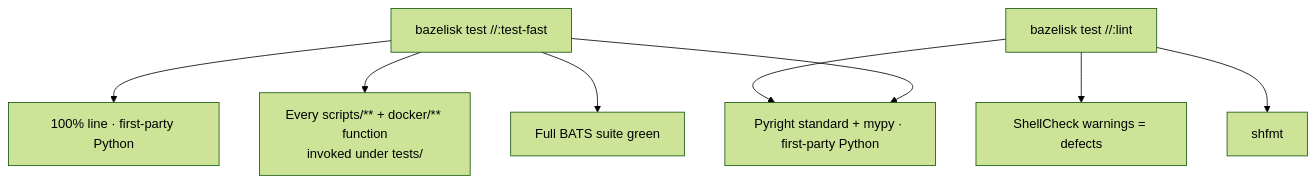
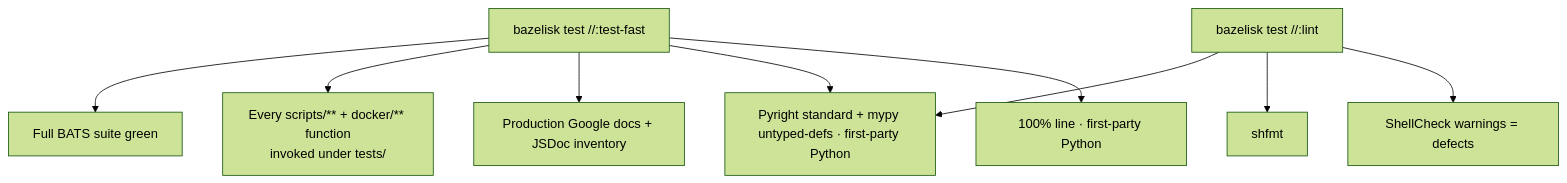
One commit to toxicoder/ez-comfy-stack changed the fifth of 6 diagrams in docs/project-conventions.md. Above: the diagram before and after it, drawn with Mermaid (forest theme). The commit also changed other lines of this file and 145 other files, not shown here.

First line of the commit message:
chore: add types and Google-style docs across first-party code

````diff
--- a/docs/project-conventions.md
+++ b/docs/project-conventions.md
@@ -262,10 +295,11 @@
 ```mermaid
 flowchart TB
   Cov["bazelisk test //:test-fast"] --> Py["100% line · first-party Python"]
-  Cov --> Pyright["Pyright standard + mypy · first-party Python"]
+  Cov --> Pyright["Pyright standard + mypy untyped-defs · first-party Python"]
+  Cov --> DocsInv["Production Google docs + JSDoc inventory"]
   Cov --> Shell["Every scripts/** + docker/** function<br/>invoked under tests/"]
   Cov --> Bats["Full BATS suite green"]
   Lint["bazelisk test //:lint"] --> SC["ShellCheck warnings = defects"]
   Lint --> Fmt["shfmt"]
   Lint --> Pyright
 ```
````
